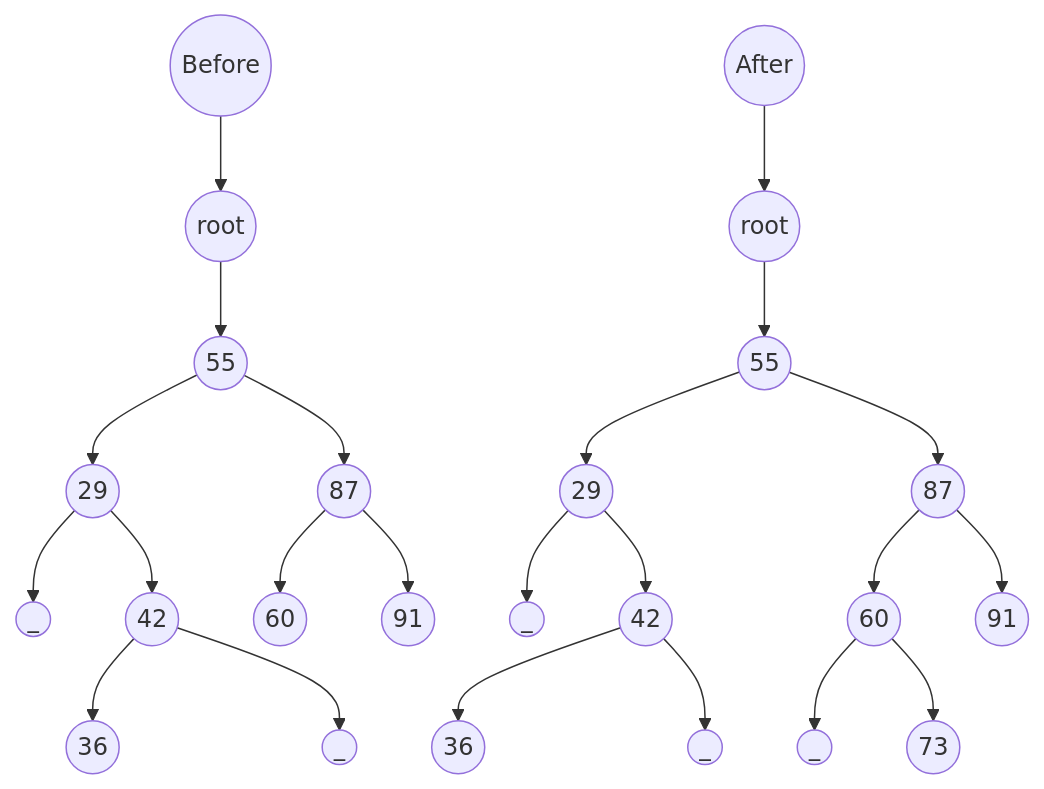
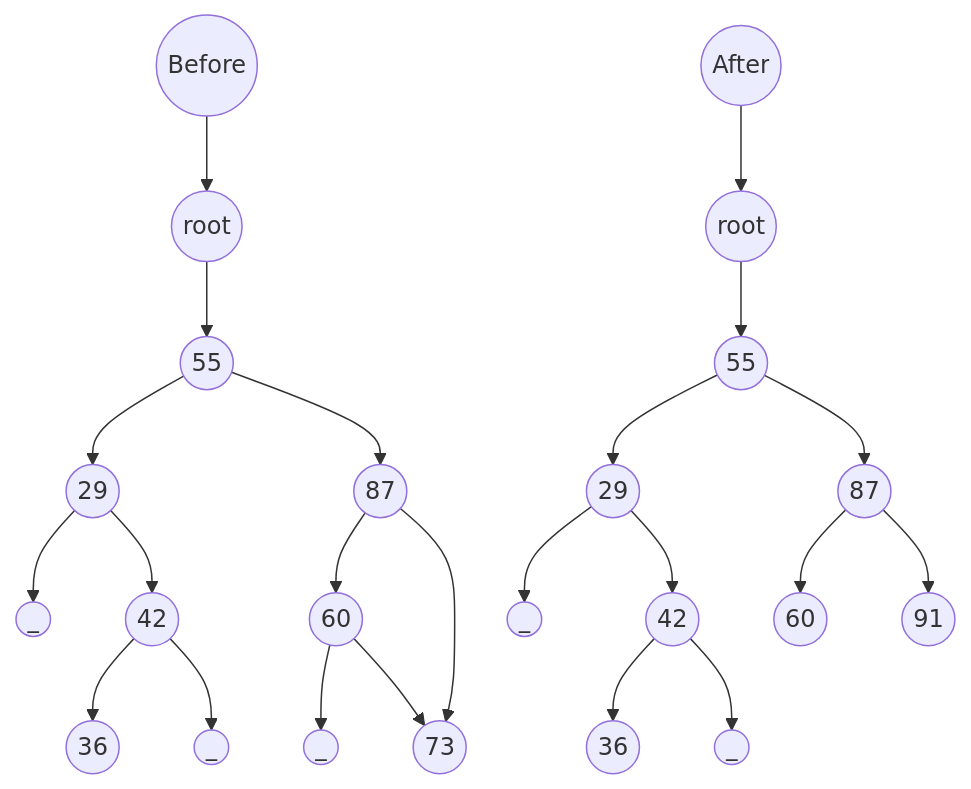
Diagram 11 of 12 in lecture-notes/w07.md (jayshozie/ceng301), drawn with Mermaid before and after one commit. The commit also changed other lines of this file, not shown here.

Commit message:
nrt, mermaid

````diff
--- a/lecture-notes/w07.md
+++ b/lecture-notes/w07.md
@@ -776,31 +766,30 @@
 ```mermaid
 graph TB
 
-Y((Before)) --> A1((root))
+ROOT1((Before)) --> A1((root))
 A1 --> B1((55))
 B1 --> C1((29))
 C1 --> E3((_))
 C1 --> F1((42))
 F1 --> G1((36))
 F1 --> E4((_))
 
 B1 --> D1((87))
 D1 --> H1((60))
 D1 --> I1((91))
+H1 --> Z1((_))
+H1 --> I1((73))
 
-Z((After)) --> A2((root))
+ROOT2((After)) --> A2((root))
 A2 --> B2((55))
 
 B2 --> C2((29))
 C2 --> E0((_))
 C2 --> F2((42))
 F2 --> G2((36))
 F2 --> E1((_))
 
 B2 --> D2((87))
 D2 --> H2((60))
-H2 --> E2((_))
-H2 --> I2((73))
 D2 --> J2((91))
-
 ```
````
